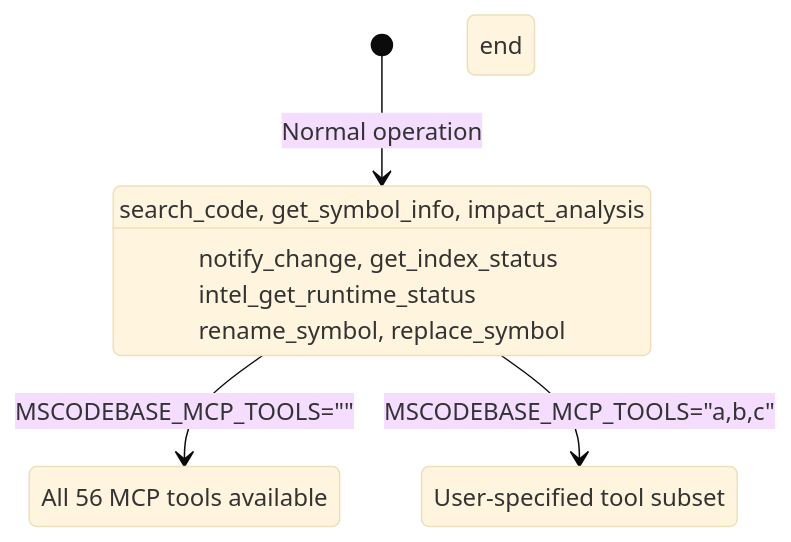
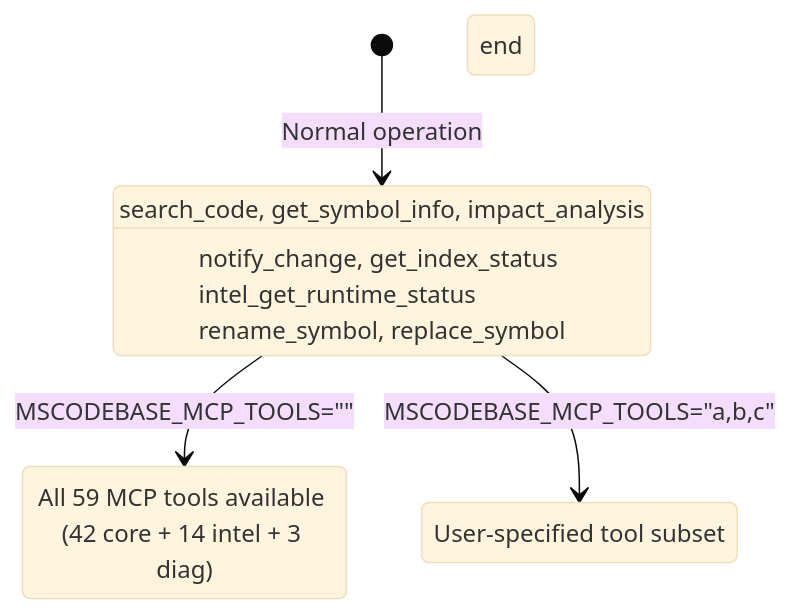
The third of 4 diagrams in docs/en/GRACEFUL_DEGRADATION.md (ManSio/mscodebase-intelligence), drawn with Mermaid (base theme) before and after one commit. The commit also changed other lines of this file and 50 other files, not shown here.

````diff
--- a/docs/en/GRACEFUL_DEGRADATION.md
+++ b/docs/en/GRACEFUL_DEGRADATION.md
@@ -77,22 +84,22 @@
 ```mermaid
 stateDiagram-v2
     [*] --> DEFAULT_TOOLS: Normal operation
-    
+
     state DEFAULT_TOOLS[Visible: 12 tools]
         DEFAULT_TOOLS: search_code, get_symbol_info, impact_analysis
         DEFAULT_TOOLS: notify_change, get_index_status
         DEFAULT_TOOLS: intel_get_runtime_status
         DEFAULT_TOOLS: rename_symbol, replace_symbol
     end
-    
+
     DEFAULT_TOOLS --> ALL_TOOLS: MSCODEBASE_MCP_TOOLS=""
     DEFAULT_TOOLS --> CUSTOM_TOOLS: MSCODEBASE_MCP_TOOLS="a,b,c"
-    
-    state ALL_TOOLS[Visible: 56 tools]
-        ALL_TOOLS: All 56 MCP tools available
+
+    state ALL_TOOLS[Visible: 59 tools]
+        ALL_TOOLS: All 59 MCP tools available (42 core + 14 intel + 3 diag)
     end
-    
+
     state CUSTOM_TOOLS[Custom selection]
         CUSTOM_TOOLS: User-specified tool subset
     end
 ```
````
